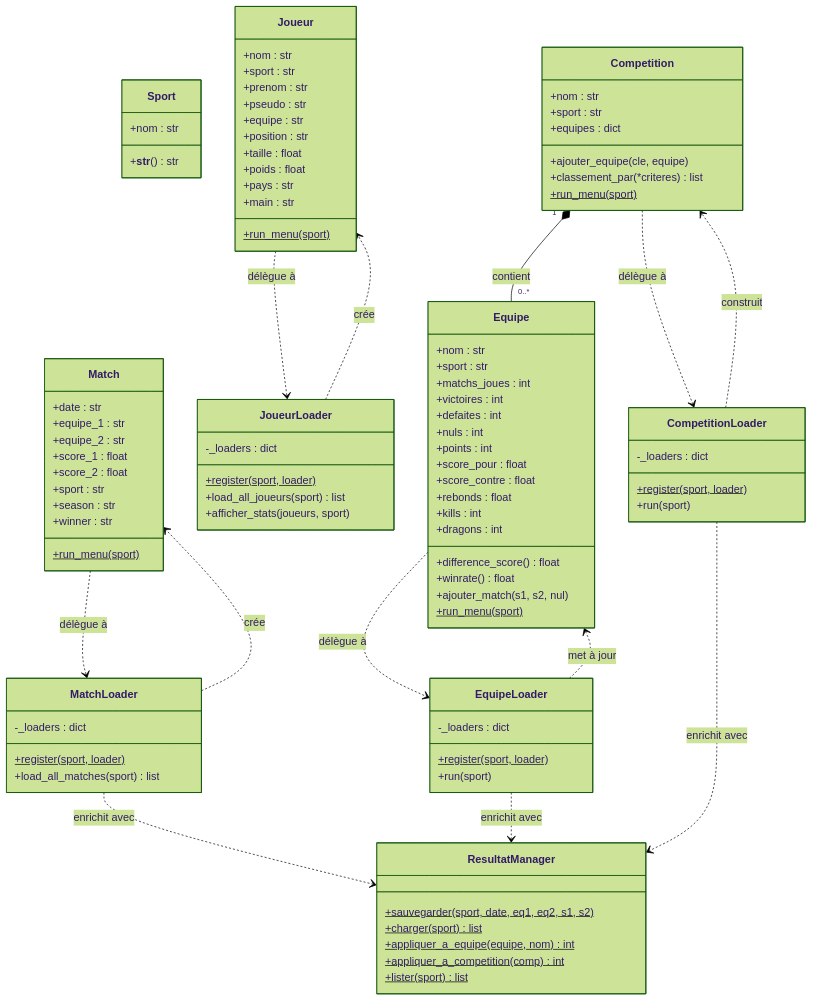
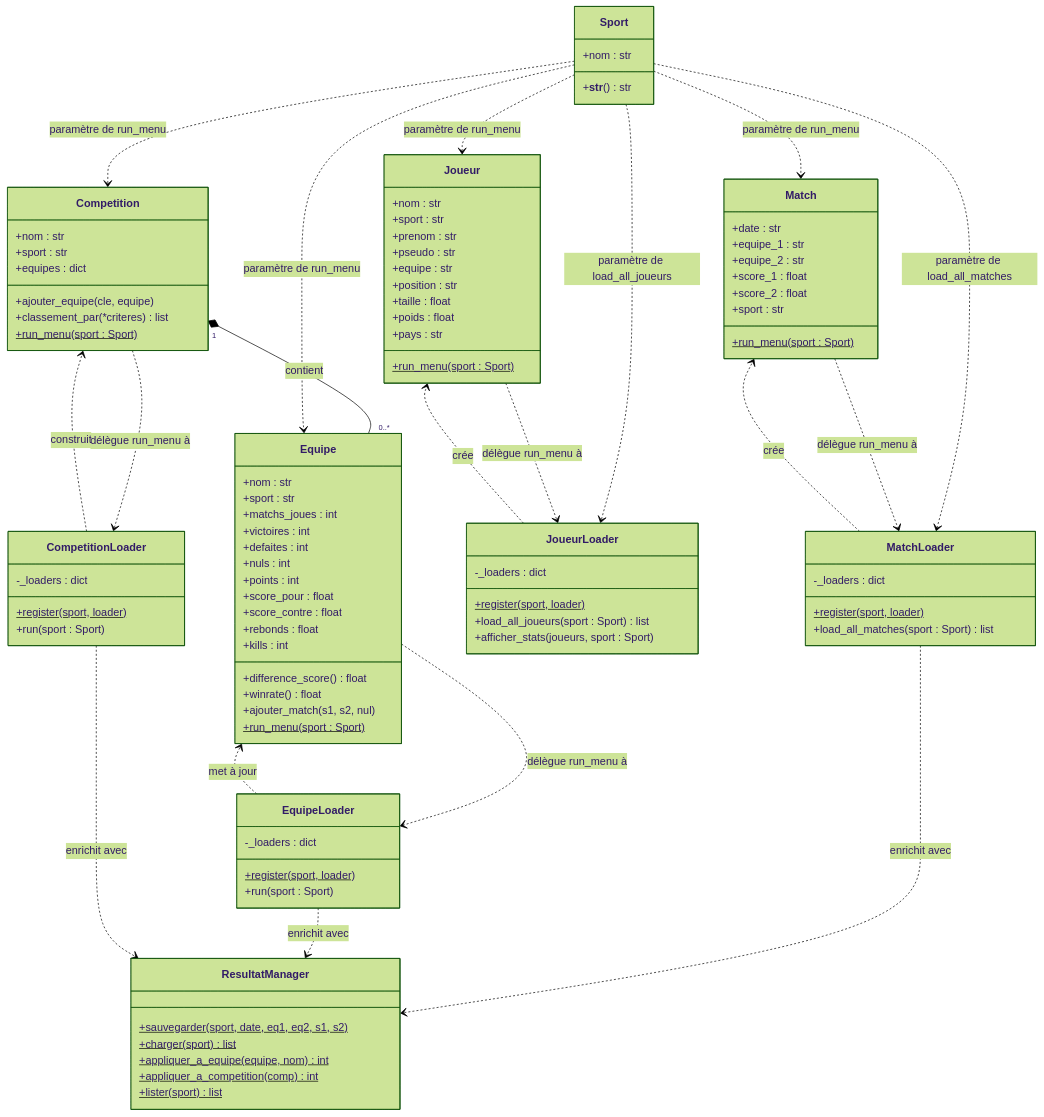
One commit to id2948/projet_info_template changed the diagram in uml/diagramme_classes.md. Above: the diagram before and after it, drawn with Mermaid (forest theme). The commit also changed other lines of this file and 20 other files, not shown here.

```diff
--- a/uml/diagramme_classes.md
+++ b/uml/diagramme_classes.md
@@ -26,9 +29,7 @@
         +score_1 : float
         +score_2 : float
         +sport : str
-        +season : str
-        +winner : str
-        +run_menu(sport)$
+        +run_menu(sport : Sport)$
     }
 
     class Joueur {
@@ -41,8 +42,7 @@
         +taille : float
         +poids : float
         +pays : str
-        +main : str
-        +run_menu(sport)$
+        +run_menu(sport : Sport)$
     }
 
     class Equipe {
@@ -57,11 +57,10 @@
         +score_contre : float
         +rebonds : float
         +kills : int
-        +dragons : int
         +difference_score() float
         +winrate() float
         +ajouter_match(s1, s2, nul)
-        +run_menu(sport)$
+        +run_menu(sport : Sport)$
     }
 
     class Competition {
@@ -70,7 +69,7 @@
         +equipes : dict
         +ajouter_equipe(cle, equipe)
         +classement_par(*criteres) list
-        +run_menu(sport)$
+        +run_menu(sport : Sport)$
     }
 
     %% ── Chargeurs ─────────────────────────────────────
@@ -78,26 +77,26 @@
     class MatchLoader {
         -_loaders : dict
         +register(sport, loader)$
-        +load_all_matches(sport) list
+        +load_all_matches(sport : Sport) list
     }
 
     class JoueurLoader {
         -_loaders : dict
         +register(sport, loader)$
-        +load_all_joueurs(sport) list
-        +afficher_stats(joueurs, sport)
+        +load_all_joueurs(sport : Sport) list
+        +afficher_stats(joueurs, sport : Sport)
     }
 
     class EquipeLoader {
         -_loaders : dict
         +register(sport, loader)$
-        +run(sport)
+        +run(sport : Sport)
     }
 
     class CompetitionLoader {
         -_loaders : dict
         +register(sport, loader)$
-        +run(sport)
+        +run(sport : Sport)
     }
 
     class ResultatManager {
@@ -112,10 +111,17 @@
 
     Competition "1" *-- "0..*" Equipe : contient
 
-    Match ..> MatchLoader : délègue à
-    Joueur ..> JoueurLoader : délègue à
-    Equipe ..> EquipeLoader : délègue à
-    Competition ..> CompetitionLoader : délègue à
+    Sport ..> Match : paramètre de run_menu
+    Sport ..> Joueur : paramètre de run_menu
+    Sport ..> Equipe : paramètre de run_menu
+    Sport ..> Competition : paramètre de run_menu
+    Sport ..> MatchLoader : paramètre de load_all_matches
+    Sport ..> JoueurLoader : paramètre de load_all_joueurs
+
+    Match ..> MatchLoader : délègue run_menu à
+    Joueur ..> JoueurLoader : délègue run_menu à
+    Equipe ..> EquipeLoader : délègue run_menu à
+    Competition ..> CompetitionLoader : délègue run_menu à
 
     MatchLoader ..> ResultatManager : enrichit avec
     EquipeLoader ..> ResultatManager : enrichit avec
```
